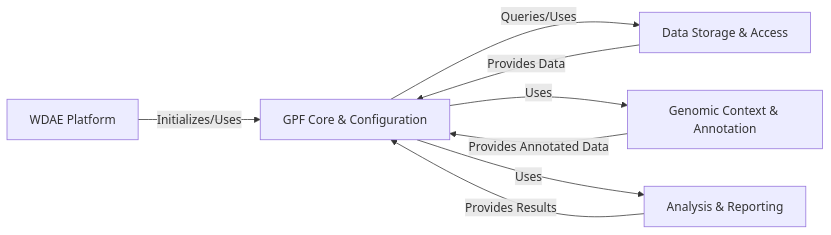
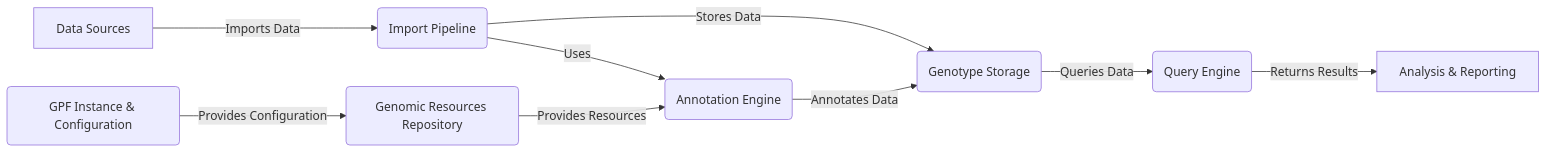
Before and after one commit to CodeBoarding/GeneratedOnBoardings: the diagram in gpf/on_boarding.md, drawn with Mermaid. The commit also changed other lines of this file and 10 other files, not shown here.

````diff
--- a/gpf/on_boarding.md
+++ b/gpf/on_boarding.md
@@ -7,16 +7,21 @@
 ```mermaid
 graph LR
-    A[WDAE Platform] -- "Initializes/Uses" --> B[GPF Core & Configuration]
-    B -- "Queries/Uses" --> C[Data Storage & Access]
-    B -- "Uses" --> D[Genomic Context & Annotation]
-    B -- "Uses" --> E[Analysis & Reporting]
-    C -- "Provides Data" --> B
-    D -- "Provides Annotated Data" --> B
-    E -- "Provides Results" --> B
+    A[Data Sources] -- Imports Data --> B(Import Pipeline)
+    B -- Stores Data --> C(Genotype Storage)
+    D(GPF Instance & Configuration) -- Provides Configuration --> E(Genomic Resources Repository)
+    E -- Provides Resources --> F(Annotation Engine)
+    B -- Uses --> F
+    C -- Queries Data --> G(Query Engine)
+    F -- Annotates Data --> C
+    G -- Returns Results --> H[Analysis & Reporting]
 
-click A href "https://github.com/CodeBoarding/GeneratedOnBoardings/blob/main/gpf//WDAE%20Platform.md"
-click B href "https://github.com/CodeBoarding/GeneratedOnBoardings/blob/main/gpf//GPF%20Core%20&%20Configuration.md"
-click C href "https://github.com/CodeBoarding/GeneratedOnBoardings/blob/main/gpf//Data%20Storage%20&%20Access.md"
-click D href "https://github.com/CodeBoarding/GeneratedOnBoardings/blob/main/gpf//Genomic%20Context%20&%20Annotation.md"
-click E href "https://github.com/CodeBoarding/GeneratedOnBoardings/blob/main/gpf//Analysis%20&%20Reporting.md"
+click A href "https://github.com/CodeBoarding/GeneratedOnBoardings/blob/main/gpf//RelevantFile.md"
+click B href "https://github.com/CodeBoarding/GeneratedOnBoardings/blob/main/gpf//Import%20Pipeline.md"
+click C href "https://github.com/CodeBoarding/GeneratedOnBoardings/blob/main/gpf//Genotype%20Storage.md"
+click D href "https://github.com/CodeBoarding/GeneratedOnBoardings/blob/main/gpf//GPF%20Instance%20&%20Configuration.md"
+click E href "https://github.com/CodeBoarding/GeneratedOnBoardings/blob/main/gpf//Genomic%20Resources%20Repository.md"
+click F href "https://github.com/CodeBoarding/GeneratedOnBoardings/blob/main/gpf//Annotation%20Engine.md"
+click G href "https://github.com/CodeBoarding/GeneratedOnBoardings/blob/main/gpf//RelevantFile.md"
+click H href "https://github.com/CodeBoarding/GeneratedOnBoardings/blob/main/gpf//RelevantFile.md"
+
 ```
````
